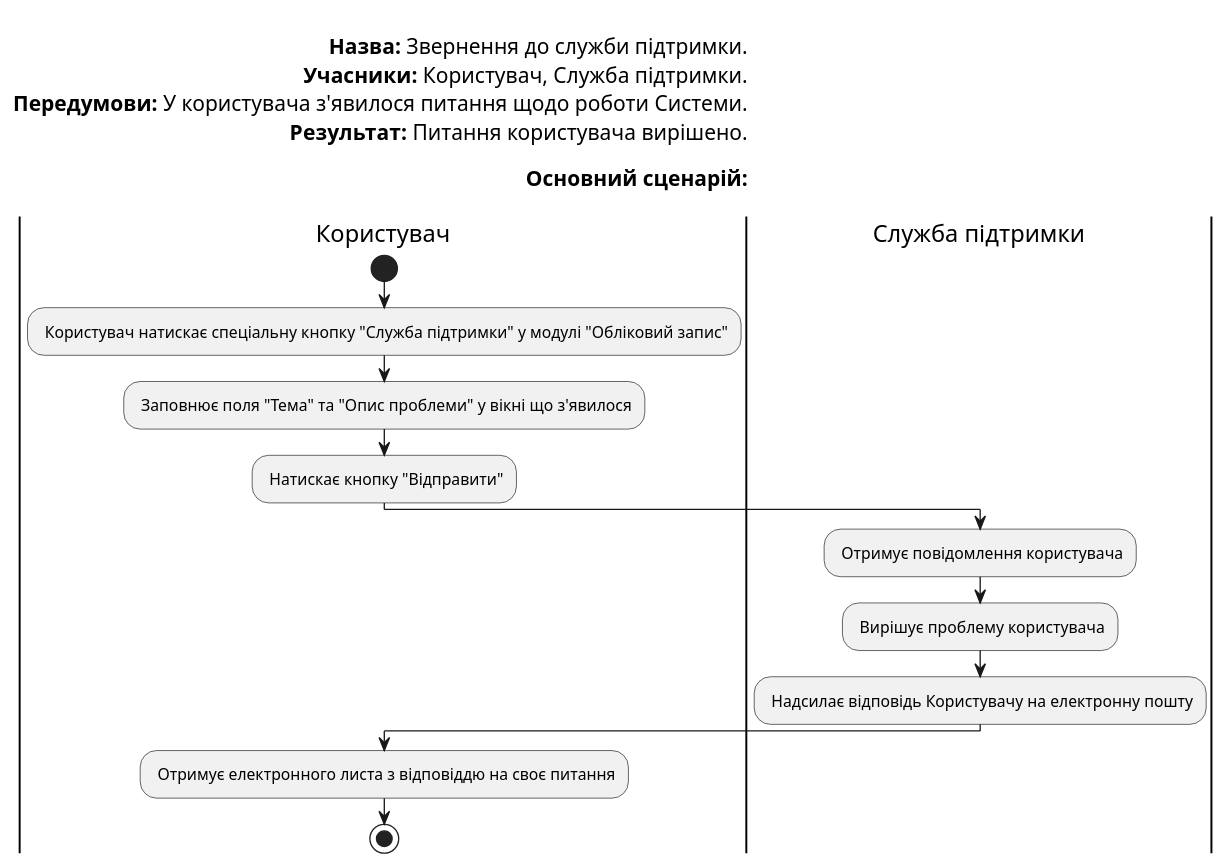
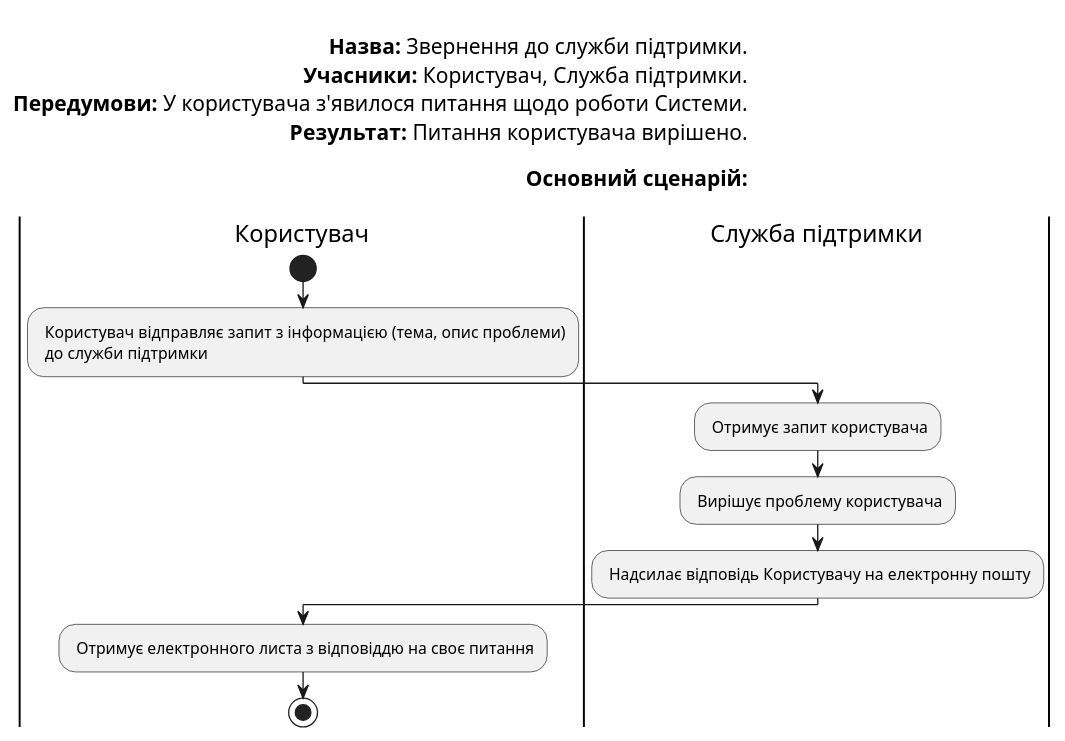
The diagram in UML/support/Diagrams/UC2.pu (yehorbk/kpi-programming), drawn with PlantUML before and after one commit.

```diff
--- a/UML/support/Diagrams/UC2.pu
+++ b/UML/support/Diagrams/UC2.pu
@@ -1,30 +1,29 @@
 @startuml
 left header
 
 <font color=000 size=16><b>Назва:</b> Звернення до служби підтримки.
 <font color=000 size=16><b>Учасники:</b> Користувач, Служба підтримки.
 <font color=000 size=16><b>Передумови:</b> У користувача з'явилося питання щодо роботи Системи.
 <font color=000 size=16><b>Результат:</b> Питання користувача вирішено.
 
 <font color=000 size=16><b>Основний сценарій:</b>
 
 end header
 
 |Користувач|
 start
-: Користувач натискає спеціальну кнопку "Служба підтримки" у модулі "Обліковий запис";
-: Заповнює поля "Тема" та "Опис проблеми" у вікні що з'явилося;
-: Натискає кнопку "Відправити";
+: Користувач відправляє запит з інформацією (тема, опис проблеми)
+ до служби підтримки;
 
 |Служба підтримки|
-: Отримує повідомлення користувача;
+: Отримує запит користувача;
 : Вирішує проблему користувача;
 : Надсилає відповідь Користувачу на електронну пошту;
 
 |Користувач|
 
 : Отримує електронного листа з відповіддю на своє питання;
 
 |Користувач|
 stop;
 @enduml
```
